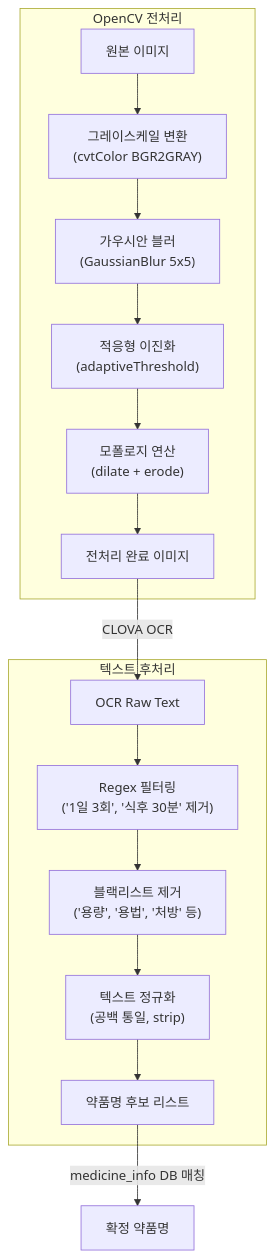
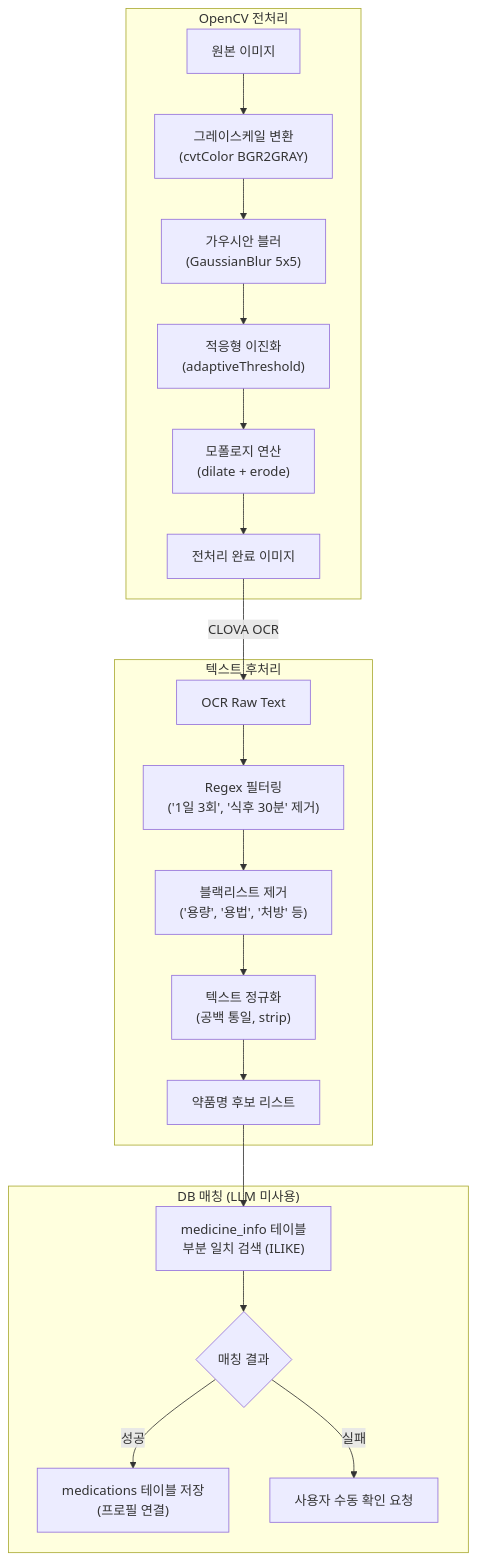
One commit to AI-HealthCare-02/AI_02_06 changed the third of 9 diagrams in PLAN.md. Above: the diagram before and after it, drawn with Mermaid. The commit also changed other lines of this file and 1 other file, not shown here.

First line of the commit message:
refactor: OCR 파이프라인에서 LLM 파싱 제거, medicine_info DB 매칭으로 교체

````diff
--- a/PLAN.md
+++ b/PLAN.md
@@ -209,20 +213,26 @@
 ```mermaid
 flowchart TD
     subgraph PREPROCESS["OpenCV 전처리"]
         A["원본 이미지"] --> B["그레이스케일 변환<br/>(cvtColor BGR2GRAY)"]
         B --> C["가우시안 블러<br/>(GaussianBlur 5x5)"]
         C --> D["적응형 이진화<br/>(adaptiveThreshold)"]
         D --> E["모폴로지 연산<br/>(dilate + erode)"]
         E --> F["전처리 완료 이미지"]
     end
 
     subgraph POSTPROCESS["텍스트 후처리"]
         G["OCR Raw Text"] --> H["Regex 필터링<br/>('1일 3회', '식후 30분' 제거)"]
         H --> I["블랙리스트 제거<br/>('용량', '용법', '처방' 등)"]
         I --> J["텍스트 정규화<br/>(공백 통일, strip)"]
         J --> K["약품명 후보 리스트"]
     end
 
+    subgraph MATCHING["DB 매칭 (LLM 미사용)"]
+        K --> L["medicine_info 테이블<br/>부분 일치 검색 (ILIKE)"]
+        L --> M{매칭 결과}
+        M -->|성공| N["medications 테이블 저장<br/>(프로필 연결)"]
+        M -->|실패| O["사용자 수동 확인 요청"]
+    end
+
     F -->|CLOVA OCR| G
-    K -->|medicine_info DB 매칭| L["확정 약품명"]
 ```
````
